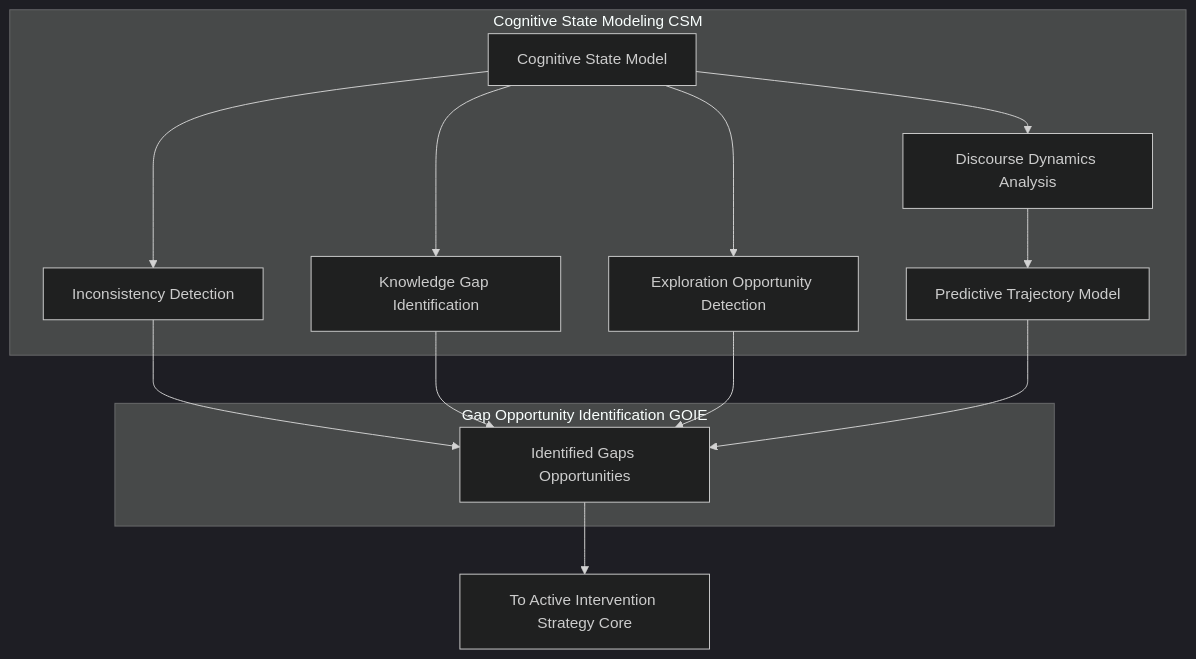
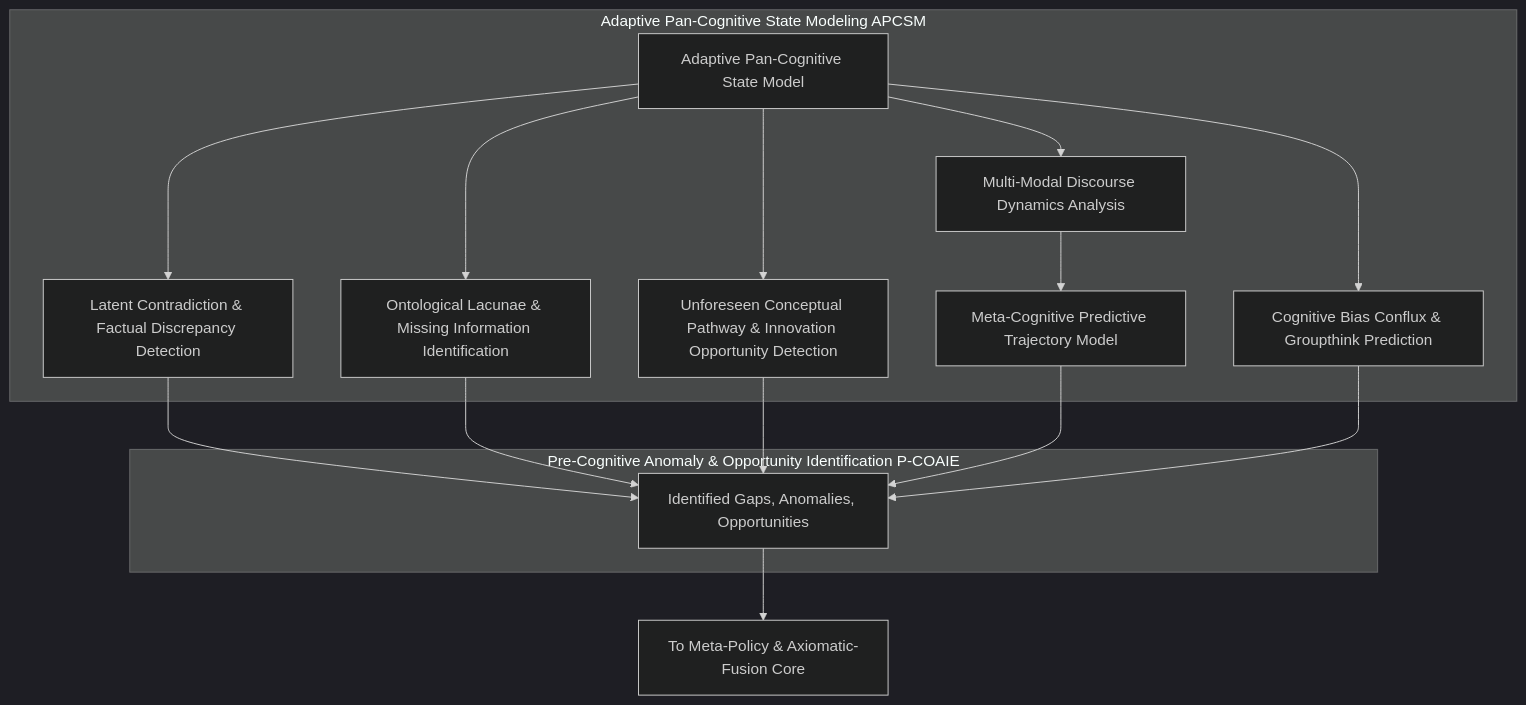
The fourth of 11 diagrams in inventions/inventions/012_holographic_meeting_scribe/015_autonomous_discourse_orchestration_agent.md (diplomat-bit/Citibank_Demo_Business_Inc_Demonstration-), drawn with Mermaid (dark theme) before and after one commit. The commit also changed other lines of this file, not shown here.

````diff
--- a/inventions/inventions/012_holographic_meeting_scribe/015_autonomous_discourse_orchestration_agent.md
+++ b/inventions/inventions/012_holographic_meeting_scribe/015_autonomous_discourse_orchestration_agent.md
@@ -146,19 +169,21 @@
 ```mermaid
 graph TD
-    subgraph Cognitive State Modeling CSM
-        CSM_INPUT[Cognitive State Model] --> DYNAMICS_ANALYSIS[Discourse Dynamics Analysis];
-        DYNAMICS_ANALYSIS --> PREDICTIVE_MODEL[Predictive Trajectory Model];
-        CSM_INPUT --> INCONSISTENCY_DETECTION[Inconsistency Detection];
-        CSM_INPUT --> KNOWLEDGE_GAP_IDENT[Knowledge Gap Identification];
-        CSM_INPUT --> EXPLORATION_OPP[Exploration Opportunity Detection];
+    subgraph Adaptive Pan-Cognitive State Modeling APCSM
+        APCSM_INPUT[Adaptive Pan-Cognitive State Model] --> DYNAMICS_ANALYSIS[Multi-Modal Discourse Dynamics Analysis];
+        DYNAMICS_ANALYSIS --> PREDICTIVE_TRAJECTORY[Meta-Cognitive Predictive Trajectory Model];
+        APCSM_INPUT --> INCONSISTENCY_DETECTION[Latent Contradiction & Factual Discrepancy Detection];
+        APCSM_INPUT --> KNOWLEDGE_GAP_IDENT[Ontological Lacunae & Missing Information Identification];
+        APCSM_INPUT --> EXPLORATION_OPP[Unforeseen Conceptual Pathway & Innovation Opportunity Detection];
+        APCSM_INPUT --> BIAS_CONFLUX[Cognitive Bias Conflux & Groupthink Prediction];
     end
 
-    subgraph Gap Opportunity Identification GOIE
-        INCONSISTENCY_DETECTION --> GOIE_OUTPUT[Identified Gaps Opportunities];
-        KNOWLEDGE_GAP_IDENT --> GOIE_OUTPUT;
-        EXPLORATION_OPP --> GOIE_OUTPUT;
-        PREDICTIVE_MODEL --> GOIE_OUTPUT;
+    subgraph Pre-Cognitive Anomaly & Opportunity Identification P-COAIE
+        INCONSISTENCY_DETECTION --> PCOAIE_OUTPUT[Identified Gaps, Anomalies, Opportunities];
+        KNOWLEDGE_GAP_IDENT --> PCOAIE_OUTPUT;
+        EXPLORATION_OPP --> PCOAIE_OUTPUT;
+        PREDICTIVE_TRAJECTORY --> PCOAIE_OUTPUT;
+        BIAS_CONFLUX --> PCOAIE_OUTPUT;
     end
 
-    GOIE_OUTPUT --> AISC_INPUT[To Active Intervention Strategy Core];
+    PCOAIE_OUTPUT --> MPAFC_INPUT[To Meta-Policy & Axiomatic-Fusion Core];
 ```
````
